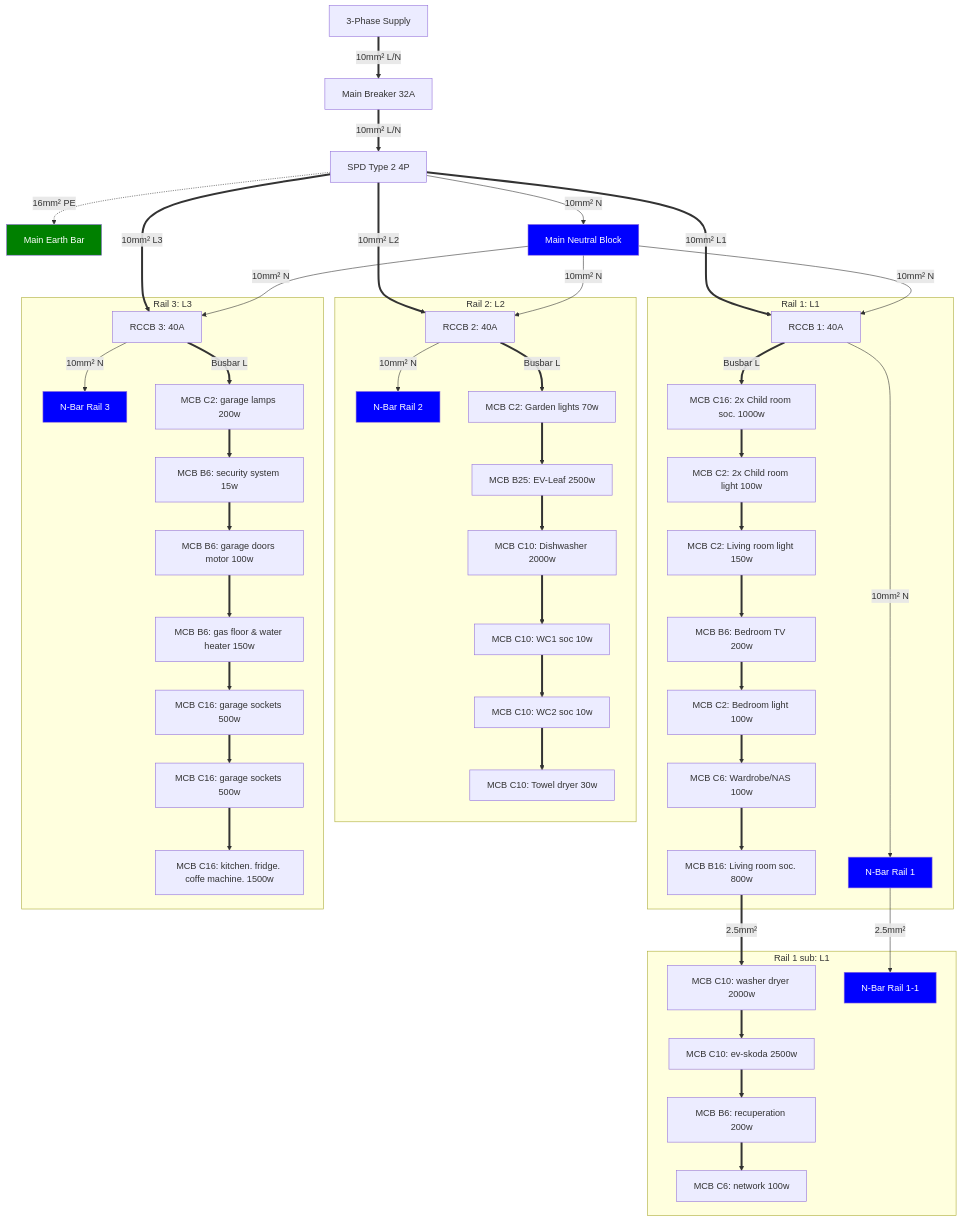
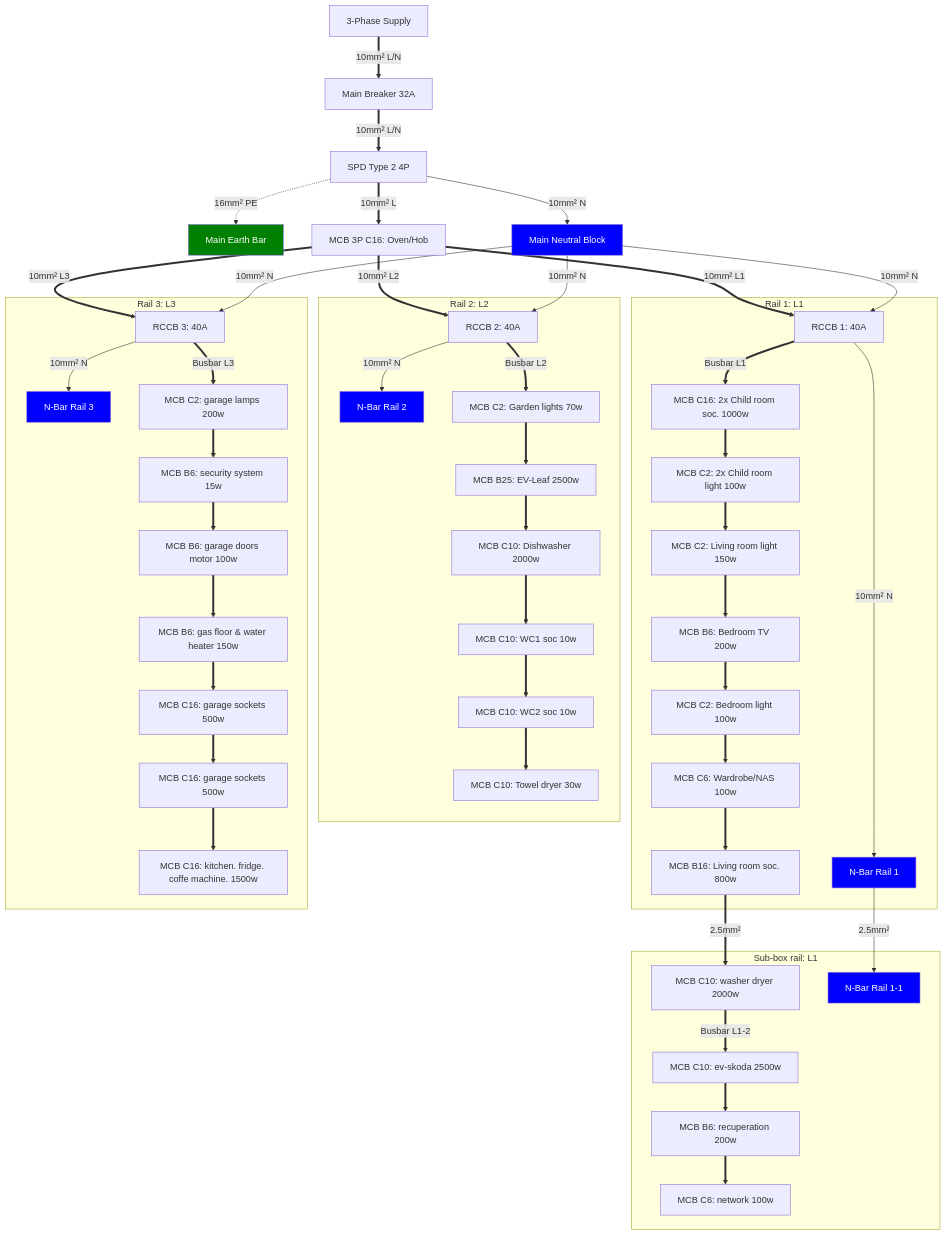
One commit to m90trash/random-schemos changed the diagram in elektros dezes planas 2026-01-28.mmd. Above: the diagram before and after it, drawn with Mermaid.

Commit message:
3p mcb added for kitchen

```diff
--- a/elektros dezes planas 2026-01-28.mmd
+++ b/elektros dezes planas 2026-01-28.mmd
@@ -1,79 +1,85 @@
 graph TD
 %% --- 0-1: Main Feed c--- 
 Incomer[3-Phase Supply] == "10mm² L/N" ==> MB[Main Breaker 32A] 
 MB == "10mm² L/N" ==> SPD[SPD Type 2 4P]
 
+
+
 %% --- 2-3: Grounding & Main Neutral Split ---
 SPD -. "16mm² PE" .-> PE_Bus[Main Earth Bar]
 SPD -- "10mm² N" --> N_Block[Main Neutral Block]
+SPD == "10mm² L" ==> MCB_kitchen_3P[MCB 3P C16: Oven/Hob]
 
-%% --- 4-9: Phase & Neutral Distribution to RCCBs ---
-SPD == "10mm² L1" ==> R1[RCCB 1: 40A]
-SPD == "10mm² L2" ==> R2[RCCB 2: 40A]
-SPD == "10mm² L3" ==> R3[RCCB 3: 40A]
+%%R1, R2, R3: Parallel feed from MCB_kitchen_3P AND SPD
+MCB_kitchen_3P == "10mm² L1" ==> R1[RCCB 1: 40A]
+MCB_kitchen_3P == "10mm² L2" ==> R2[RCCB 2: 40A]
+MCB_kitchen_3P == "10mm² L3" ==> R3[RCCB 3: 40A]
 N_Block -- "10mm² N" --> R1
 N_Block -- "10mm² N" --> R2
 N_Block -- "10mm² N" --> R3
 
 subgraph Rail_1 [Rail 1: L1]
-    R1 -- "10mm² N" --> N_Bar1[N-Bar Rail 1]
-    
-    R1 == "Busbar L" ==> MCB_darbo_roz[MCB C16: 2x Child room soc. 1000w]
+    R1 -- "10mm² N" --> N_Bar1[N-Bar Rail 1]    
+    R1 ==>|"Busbar L1"| MCB_darbo_roz[MCB C16: 2x Child room soc. 1000w] 
+    %% Busbar L1: Distributes Phase L1 to all MCBs in this rail 
     MCB_darbo_roz ==> MCB_vaiko_lemp[MCB C2: 2x Child room light 100w]
     MCB_vaiko_lemp  ==> MCB_svetaine_lemp[MCB C2: Living room light 150w]
     MCB_svetaine_lemp ==> MCB_miegamas_tv[MCB B6: Bedroom TV 200w]
     MCB_miegamas_tv  ==> MCB_miegamas_lemp[MCB C2: Bedroom light 100w]
     MCB_miegamas_lemp ==> MCB_drabuzine_roz[MCB C6: Wardrobe/NAS 100w]
     MCB_drabuzine_roz ==> MCB_svetaine_roz[MCB B16: Living room soc. 800w]
 end
 
-subgraph Rail_1_sub [Rail 1 sub: L1]
+subgraph Rail_1_sub [Sub-box rail: L1]
     MCB_svetaine_roz ==>|2.5mm²| MCB_skalbimo_roz[MCB C10: washer dryer 2000w] 
-    MCB_skalbimo_roz ==> MCB_ev_skoda_roz[MCB C10: ev-skoda 2500w]
+    %% Rail_1_sub: Parallel feed from MCB_svetaine_roz AND Busbar L1 (same connection point)
+    MCB_skalbimo_roz ==>|"Busbar L1-2"| MCB_ev_skoda_roz[MCB C10: ev-skoda 2500w]
     MCB_ev_skoda_roz ==> MCB_rekup[MCB B6: recuperation 200w]
     MCB_rekup ==> MCB_network[MCB C6: network 100w]
     
-    N_Bar1 -->|2.5mm²| N_Bar1_1[N-Bar Rail 1-1]    
+    N_Bar1 -->|2.5mm²| N_Bar1_1[N-Bar Rail 1-1]
 end
 
 subgraph Rail_2 [Rail 2: L2]
     R2 -- "10mm² N" --> N_Bar2[N-Bar Rail 2]
 
-    R2 == "Busbar L" ==> MCB_lauko_lemp[MCB C2: Garden lights 70w]
+    R2 ==>|"Busbar L2"| MCB_lauko_lemp[MCB C2: Garden lights 70w]
+    %% Busbar L2: Distributes Phase L2 to all MCBs in this rail 
     MCB_lauko_lemp ==> MCB_lauko_roz[MCB B25: EV-Leaf 2500w]
     MCB_lauko_roz ==> MCB_indaplove[MCB C10: Dishwasher 2000w]
     MCB_indaplove ==> MCB_wc1[MCB C10: WC1 soc 10w]
     MCB_wc1 ==> MCB_wc2[MCB C10: WC2 soc 10w]
     MCB_wc2 ==> MCB_gyvatukas[MCB C10: Towel dryer 30w]
 end
 
 subgraph Rail_3 [Rail 3: L3]
     R3 -- "10mm² N" --> N_Bar3[N-Bar Rail 3]
 
-    R3 ==>|Busbar L| MCB_garazo_lemp[MCB C2: garage lamps 200w]
+    R3 ==>|"Busbar L3"| MCB_garazo_lemp[MCB C2: garage lamps 200w]
+    %% Busbar L3: Distributes Phase L3 to all MCBs in this rail 
     MCB_garazo_lemp ==> MCB_signalizacija[MCB B6: security system 15w]
     MCB_signalizacija ==> MCB_vartai[MCB B6: garage doors motor 100w]
     MCB_vartai ==> MCB_katilas[MCB B6: gas floor & water heater 150w]
     MCB_katilas ==> MCB_garazo_roz_1[MCB C16: garage sockets 500w]
     MCB_garazo_roz_1 ==> MCB_garazo_roz_2[MCB C16: garage sockets 500w]
     MCB_garazo_roz_2 ==> MCB_virtuve[MCB C16: kitchen. fridge. coffe machine. 1500w]
 end
 
 %% Element Styles
 style N_Block fill:#0000ff,color:#fff
 style N_Bar1 fill:#0000ff,color:#fff
 style N_Bar1_1 fill:#0000ff,color:#fff
 style N_Bar2 fill:#0000ff,color:#fff
 style N_Bar3 fill:#0000ff,color:#fff
 style PE_Bus fill:#008000,color:#fff
 
 %% Link Styles
 
 %% PE (Green, Dotted)
 %% linkStyle 2 stroke:#008000
 
 %% Neutrals (Blue)
 %% linkStyle 3,7,8,9,10,14,16,17,21,23,24,28,30 stroke:#0000FF
 
 %% Phases (Brown)
 %% linkStyle 0,1,4,5,6,11,12,13,15,18,19,20,22,25,26,27,29 stroke:#A52A2A
```
